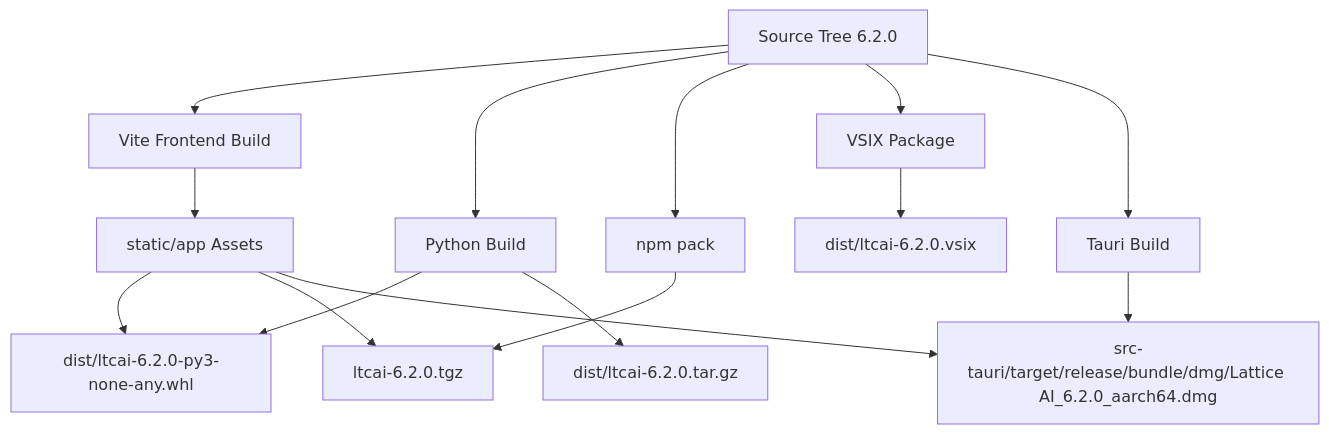
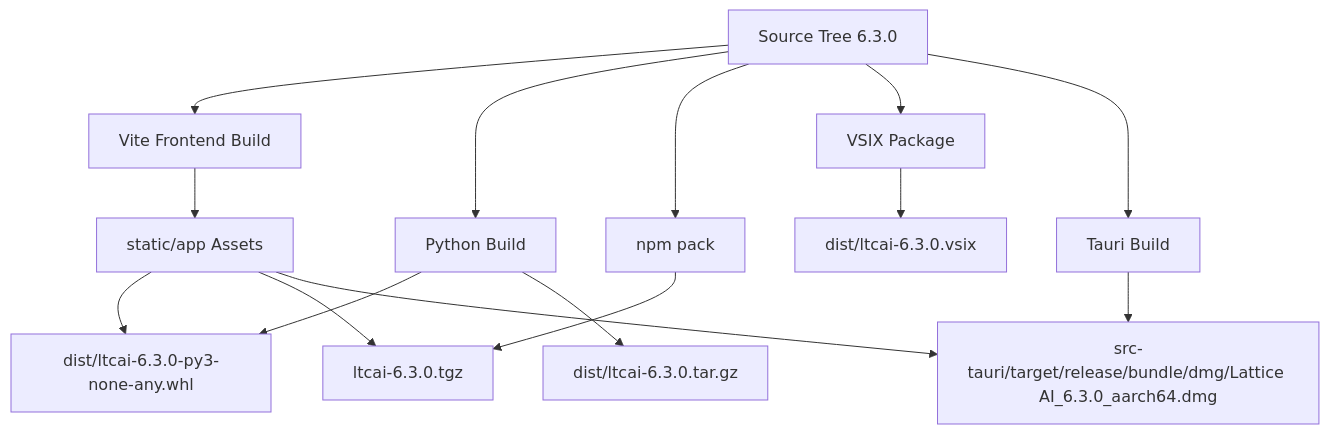
One commit to TaeSooPark-PTS/LatticeAI changed the tenth of 10 diagrams in ARCHITECTURE.md. Above: the diagram before and after it, drawn with Mermaid. The commit also changed other lines of this file and 52 other files, not shown here.

````diff
--- a/ARCHITECTURE.md
+++ b/ARCHITECTURE.md
@@ -271,18 +271,18 @@
 ```mermaid
 flowchart TB
-  Source["Source Tree 6.2.0"] --> FrontendBuild["Vite Frontend Build"]
+  Source["Source Tree 6.3.0"] --> FrontendBuild["Vite Frontend Build"]
   Source --> PythonBuild["Python Build"]
   Source --> NpmPack["npm pack"]
   Source --> VsixBuild["VSIX Package"]
   Source --> TauriBuild["Tauri Build"]
 
   FrontendBuild --> StaticAssets["static/app Assets"]
-  PythonBuild --> Wheel["dist/ltcai-6.2.0-py3-none-any.whl"]
-  PythonBuild --> Sdist["dist/ltcai-6.2.0.tar.gz"]
-  NpmPack --> Tgz["ltcai-6.2.0.tgz"]
-  VsixBuild --> Vsix["dist/ltcai-6.2.0.vsix"]
-  TauriBuild --> Dmg["src-tauri/target/release/bundle/dmg/Lattice AI_6.2.0_aarch64.dmg"]
+  PythonBuild --> Wheel["dist/ltcai-6.3.0-py3-none-any.whl"]
+  PythonBuild --> Sdist["dist/ltcai-6.3.0.tar.gz"]
+  NpmPack --> Tgz["ltcai-6.3.0.tgz"]
+  VsixBuild --> Vsix["dist/ltcai-6.3.0.vsix"]
+  TauriBuild --> Dmg["src-tauri/target/release/bundle/dmg/Lattice AI_6.3.0_aarch64.dmg"]
   StaticAssets --> Wheel
   StaticAssets --> Tgz
   StaticAssets --> Dmg
 ```
````
